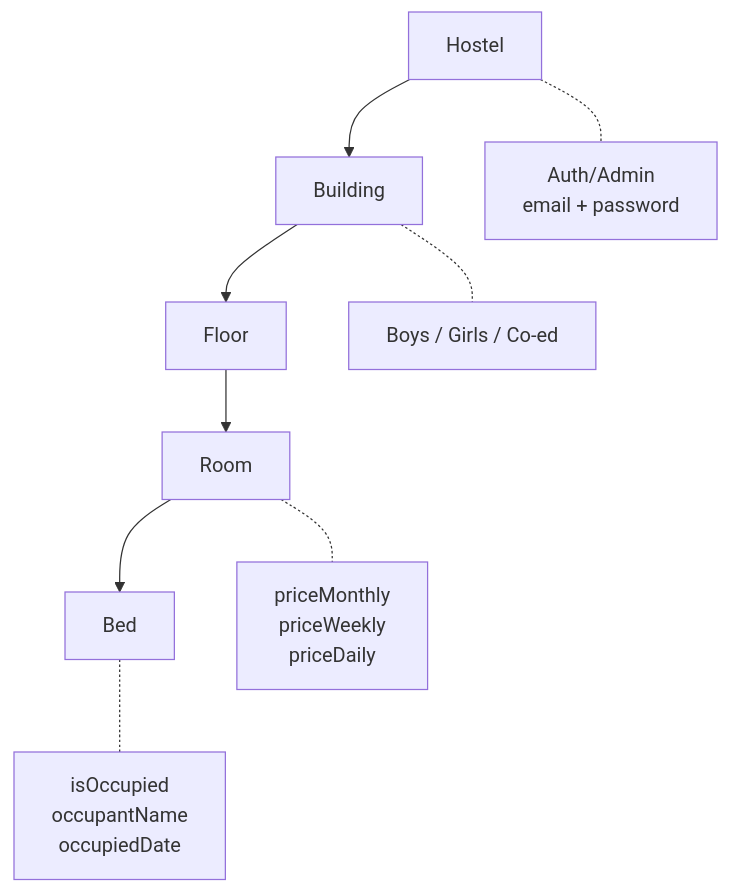
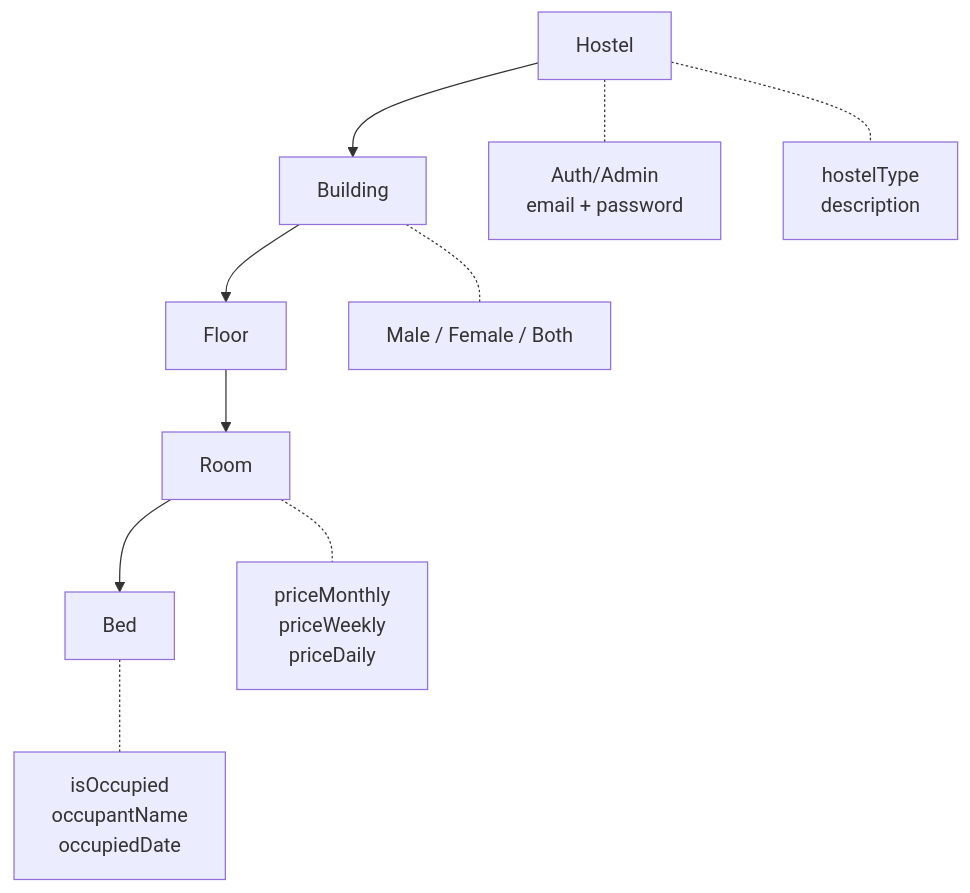
One commit to marslanwajid/hostelin changed the diagram in api_reference.md. Above: the diagram before and after it, drawn with Mermaid. The commit also changed other lines of this file and 16 other files, not shown here.

````diff
--- a/api_reference.md
+++ b/api_reference.md
@@ -129,12 +139,13 @@
 ```mermaid
 graph TD
     H[Hostel] --> B[Building]
     B --> F[Floor]
     F --> R[Room]
     R --> Bd[Bed]
 
     H -.- Auth[Auth/Admin<br>email + password]
+    H -.- Meta[hostelType<br>description]
     R -.- Price[priceMonthly<br>priceWeekly<br>priceDaily]
-    B -.- Gender[Boys / Girls / Co-ed]
+    B -.- Gender[Male / Female / Both]
     Bd -.- Occ[isOccupied<br>occupantName<br>occupiedDate]
 ```
````
